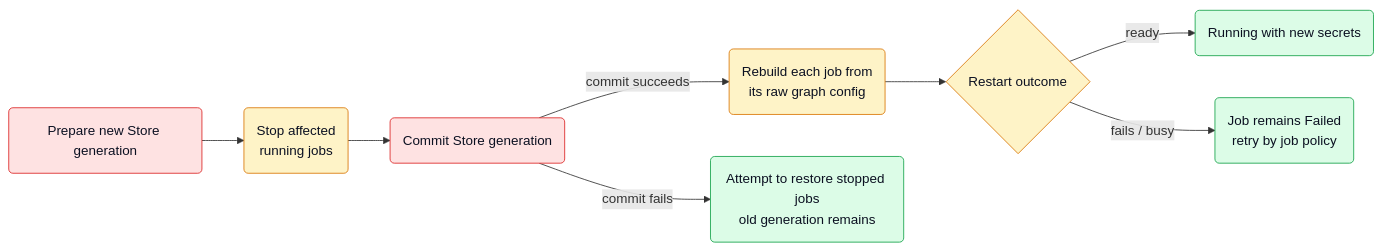
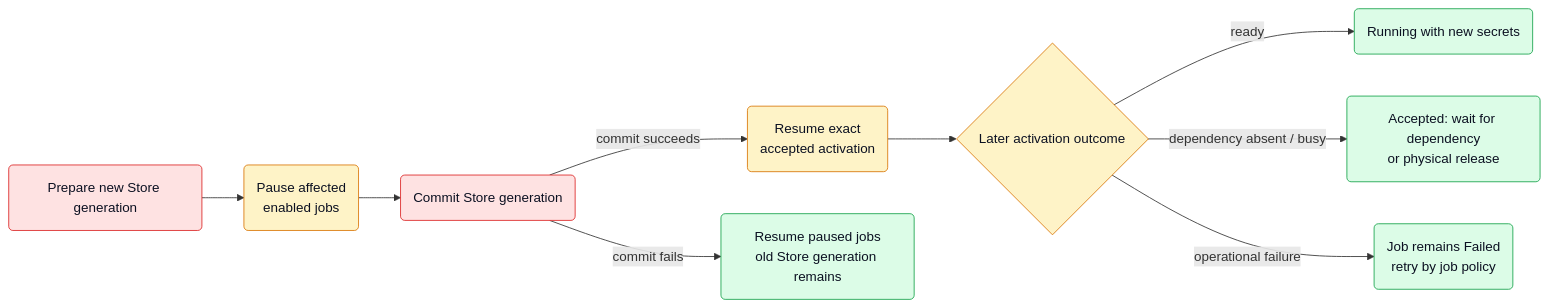
Before and after one commit to netdata/netdata: the eighth of 11 diagrams in src/go/plugin/agent/jobmgr/ARCHITECTURE.md, drawn with Mermaid. The commit also changed other lines of this file and 98 other files, not shown here.

````diff
--- a/src/go/plugin/agent/jobmgr/ARCHITECTURE.md
+++ b/src/go/plugin/agent/jobmgr/ARCHITECTURE.md
@@ -866,24 +913,26 @@
 ```mermaid
 flowchart LR
     Change("Prepare new Store generation")
-    Stop("Stop affected<br/>running jobs")
+    Stop("Pause affected<br/>enabled jobs")
     Store("Commit Store generation")
-    Restart("Rebuild each job from<br/>its raw graph config")
-    Outcome{"Restart outcome"}
+    Restart("Resume exact<br/>accepted activation")
+    Outcome{"Later activation outcome"}
+    Waiting("Accepted: wait for dependency<br/>or physical release")
     Running("Running with new secrets")
     Failed("Job remains Failed<br/>retry by job policy")
-    Restore("Attempt to restore stopped jobs<br/>old generation remains")
+    Restore("Resume paused jobs<br/>old Store generation remains")
 
     Change --> Stop --> Store
     Store -->|"commit succeeds"| Restart --> Outcome
     Store -->|"commit fails"| Restore
     Outcome -->|"ready"| Running
-    Outcome -->|"fails / busy"| Failed
+    Outcome -->|"dependency absent / busy"| Waiting
+    Outcome -->|"operational failure"| Failed
 
     classDef sec fill:#fee2e2,stroke:#dc2626,color:#0b1021;
     classDef core fill:#fef3c7,stroke:#d97706,color:#0b1021;
     classDef job fill:#dcfce7,stroke:#16a34a,color:#0b1021;
     class Change,Store sec;
     class Stop,Restart,Outcome core;
-    class Running,Failed,Restore job;
+    class Running,Waiting,Failed,Restore job;
 ```
````
